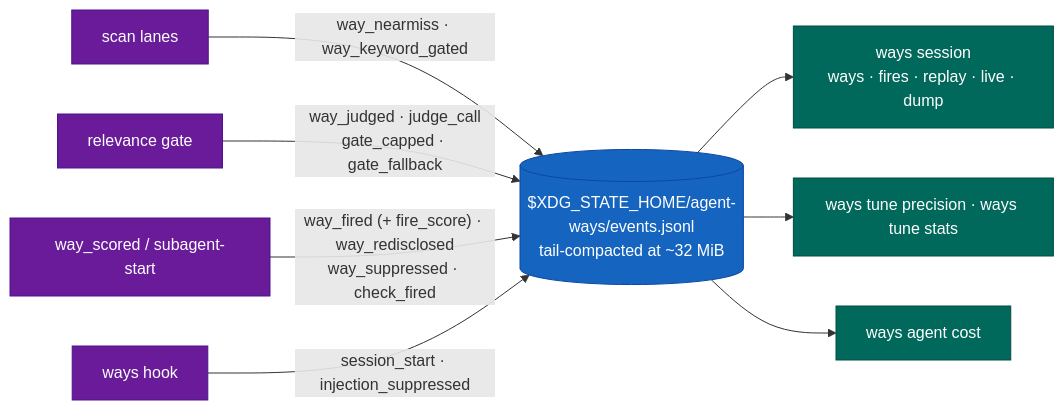
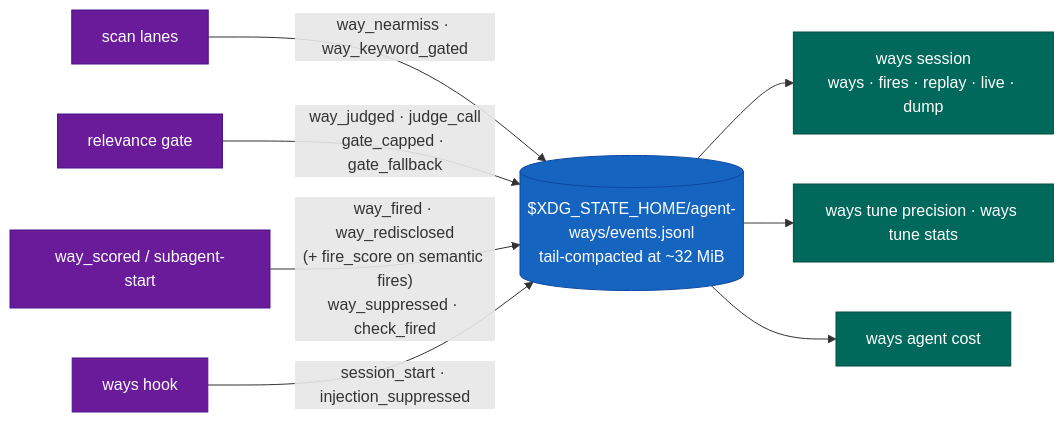
Before and after one commit to aaronsb/agent-ways: the ninth of 13 diagrams in docs/architecture.md, drawn with Mermaid. The commit also changed other lines of this file and 9 other files, not shown here.

First line of the commit message:
docs(architecture): address review: agent scope, fire_score, judge lanes and switches

````diff
--- a/docs/architecture.md
+++ b/docs/architecture.md
@@ -406,22 +408,22 @@
 ```mermaid
 flowchart LR
     classDef match fill:#6A1B9A,stroke:#4A148C,color:#fff
     classDef log fill:#1565C0,stroke:#0D47A1,color:#fff
     classDef read fill:#00695C,stroke:#004D40,color:#fff
 
     Scan["scan lanes"]:::match
     Gate["relevance gate"]:::match
     Show["way_scored / subagent-start"]:::match
     Hook["ways hook"]:::match
 
     Scan -->|"way_nearmiss · way_keyword_gated"| EV
     Gate -->|"way_judged · judge_call<br/>gate_capped · gate_fallback"| EV
-    Show -->|"way_fired (+ fire_score) · way_redisclosed<br/>way_suppressed · check_fired"| EV
+    Show -->|"way_fired · way_redisclosed<br/>(+ fire_score on semantic fires)<br/>way_suppressed · check_fired"| EV
     Hook -->|"session_start · injection_suppressed"| EV
 
     EV[("$XDG_STATE_HOME/agent-ways/events.jsonl<br/>tail-compacted at ~32 MiB")]:::log
 
     EV --> R1["ways session<br/>ways · fires · replay · live · dump"]:::read
     EV --> R2["ways tune precision · ways tune stats"]:::read
     EV --> R3["ways agent cost"]:::read
 ```
````
